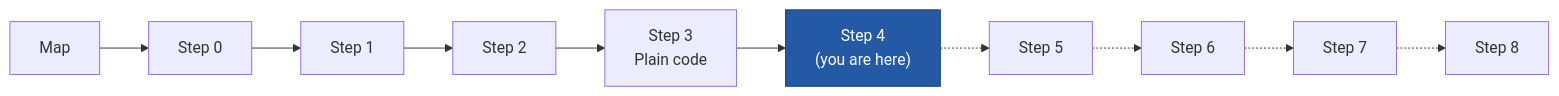
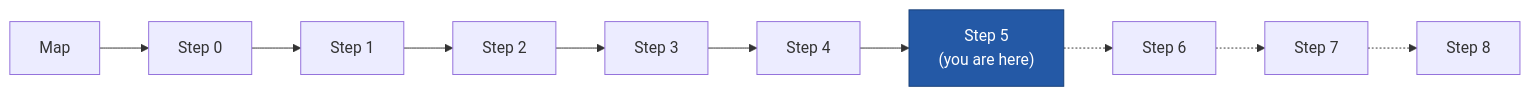
The first of 2 diagrams in README.md (capchitts/crossexam-project), drawn with Mermaid before and after one commit. The commit also changed other lines of this file and 15 other files, not shown here.

````diff
--- a/README.md
+++ b/README.md
@@ -18,10 +18,11 @@
 ```mermaid
 graph LR
     MAP[Map] --> S0[Step 0]
     S0 --> S1[Step 1]
     S1 --> S2[Step 2]
-    S2 --> S3[Step 3<br/>Plain code]
-    S3 --> S4["Step 4<br/>(you are here)"]
-    S4 -.-> S5[Step 5] -.-> S6[Step 6] -.-> S7[Step 7] -.-> S8[Step 8]
-    style S4 fill:#2459A6,stroke:#173F78,color:#fff
+    S2 --> S3[Step 3]
+    S3 --> S4[Step 4]
+    S4 --> S5["Step 5<br/>(you are here)"]
+    S5 -.-> S6[Step 6] -.-> S7[Step 7] -.-> S8[Step 8]
+    style S5 fill:#2459A6,stroke:#173F78,color:#fff
 ```
````
